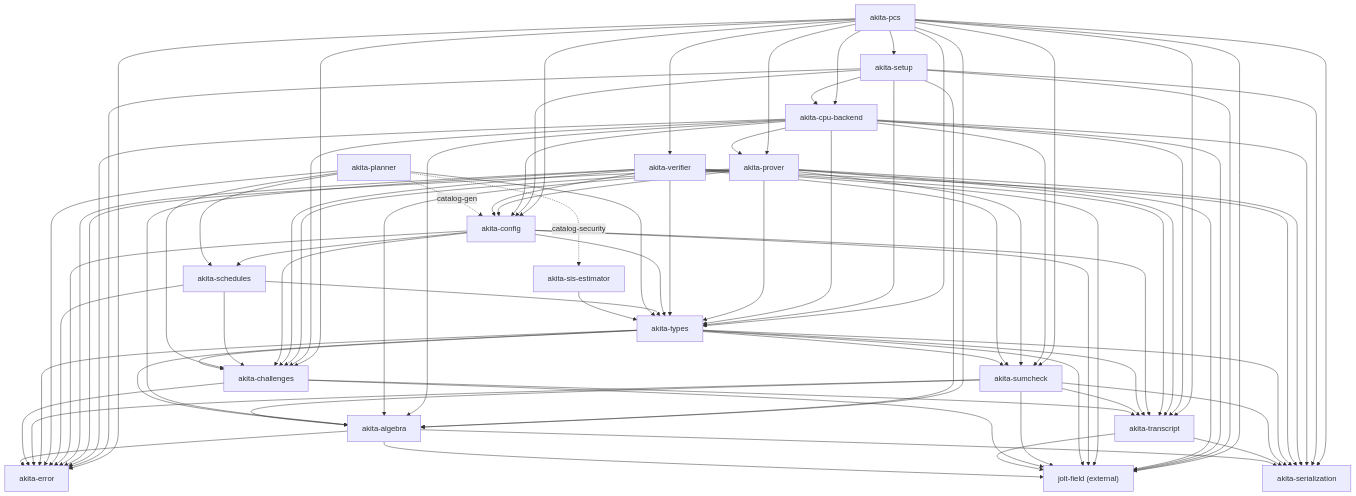
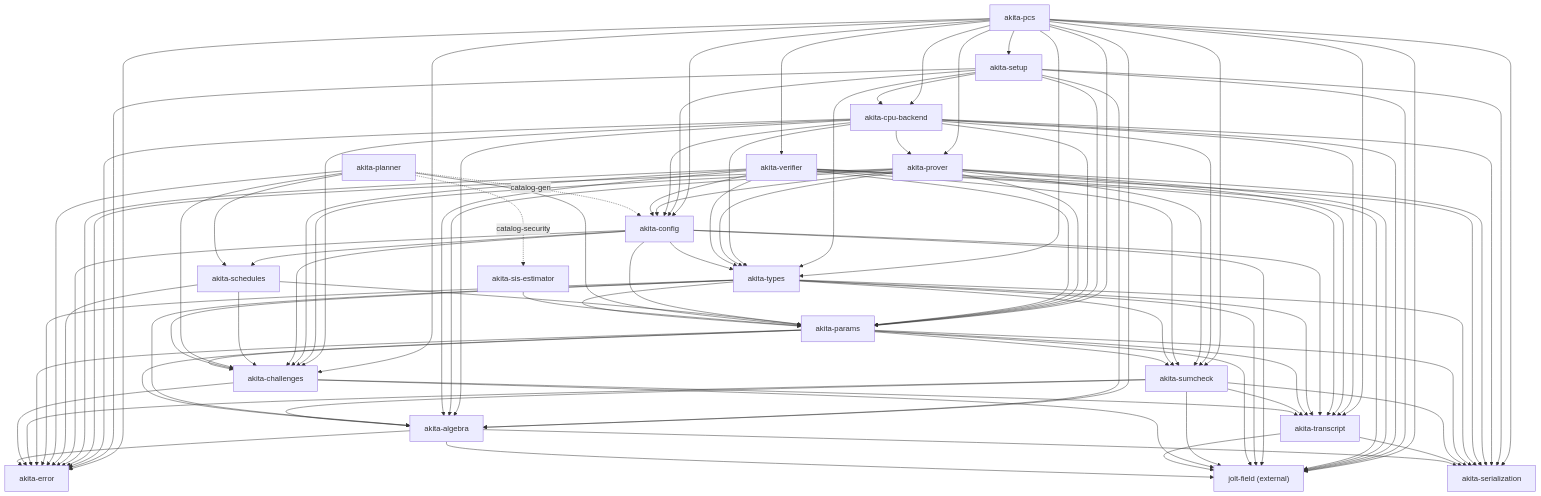
Before and after one commit to LayerZero-Labs/akita: the diagram in docs/crate-graph.md, drawn with Mermaid. The commit also changed other lines of this file and 561 other files, not shown here.

Commit message:
refactor(types)!: split parameter-side code into akita-params

```diff
--- a/docs/crate-graph.md
+++ b/docs/crate-graph.md
@@ -42,6 +43,7 @@
   Transcript["akita-transcript"]
   Challenges["akita-challenges"]
   Sumcheck["akita-sumcheck"]
+  Params["akita-params"]
   Types["akita-types"]
   SisEstimator["akita-sis-estimator"]
   Planner["akita-planner"]
@@ -66,6 +68,14 @@
   Sumcheck --> Field
   Sumcheck --> Ser
   Sumcheck --> Transcript
+  Params --> Error
+  Params --> Algebra
+  Params --> Challenges
+  Params --> Field
+  Params --> Ser
+  Params --> Sumcheck
+  Params --> Transcript
+  Types --> Params
   Types --> Error
   Types --> Algebra
   Types --> Challenges
@@ -73,22 +83,24 @@
   Types --> Ser
   Types --> Sumcheck
   Types --> Transcript
-  SisEstimator --> Types
+  SisEstimator --> Params
   Planner --> Error
   Planner --> Challenges
   Planner --> Schedules
-  Planner --> Types
+  Planner --> Params
   Planner -. catalog-gen .-> Config
   Planner -. catalog-security .-> SisEstimator
   Schedules --> Error
   Schedules --> Challenges
-  Schedules --> Types
+  Schedules --> Params
+  Config --> Params
   Config --> Error
   Config --> Challenges
   Config --> Field
   Config --> Transcript
   Config --> Types
   Config --> Schedules
+  Verifier --> Params
   Verifier --> Error
   Verifier --> Algebra
   Verifier --> Challenges
@@ -98,6 +110,7 @@
   Verifier --> Sumcheck
   Verifier --> Transcript
   Verifier --> Types
+  Prover --> Params
   Prover --> Error
   Prover --> Algebra
   Prover --> Challenges
@@ -108,6 +121,7 @@
   Prover --> Transcript
   Prover --> Types
   Cpu --> Prover
+  Cpu --> Params
   Cpu --> Error
   Cpu --> Algebra
   Cpu --> Challenges
@@ -117,6 +131,7 @@
   Cpu --> Sumcheck
   Cpu --> Transcript
   Cpu --> Types
+  Setup --> Params
   Setup --> Error
   Setup --> Algebra
   Setup --> Config
@@ -124,6 +139,7 @@
   Setup --> Cpu
   Setup --> Ser
   Setup --> Types
+  Pcs --> Params
   Pcs --> Error
   Pcs --> Algebra
   Pcs --> Challenges
```
